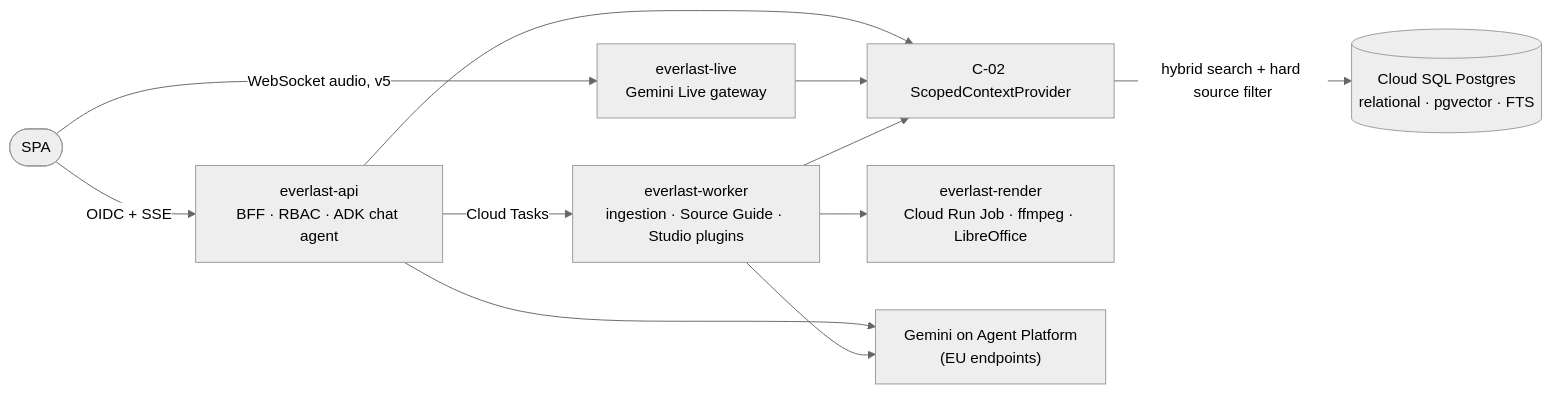
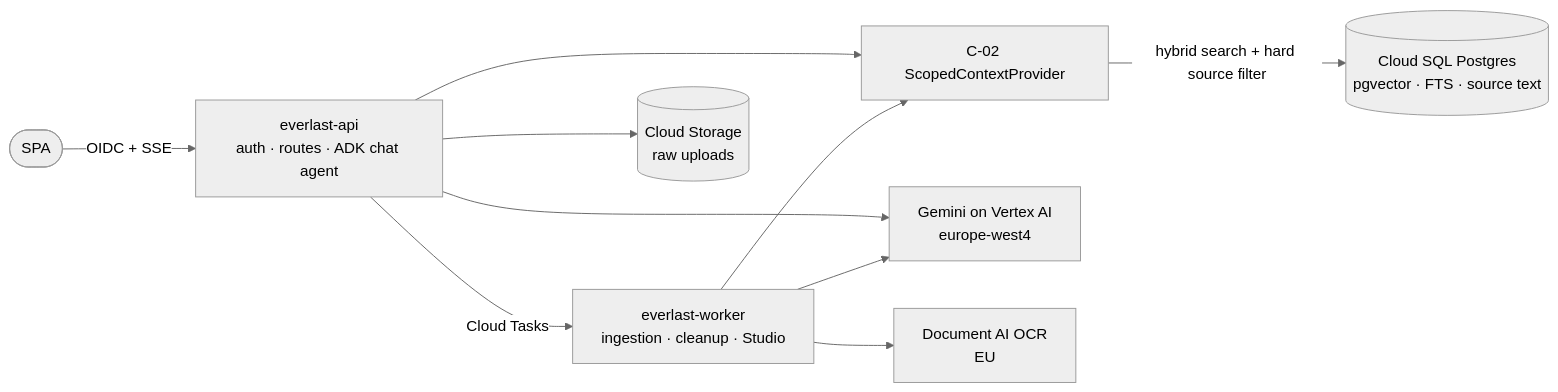
One commit to lukas-zech-software/everlast-lm changed the second of 2 diagrams in README.md. Above: the diagram before and after it, drawn with Mermaid (neutral theme). The commit also changed other lines of this file, not shown here.

Commit message:
docs(readme): rewrite with project timeline, lessons learned and prototype status

````diff
--- a/README.md
+++ b/README.md
@@ -253,13 +209,12 @@
 ```mermaid
 graph LR
-    U([SPA]) -->|OIDC + SSE| API["everlast-api<br/>BFF · RBAC · ADK chat agent"]
-    U -->|WebSocket audio, v5| LIVE["everlast-live<br/>Gemini Live gateway"]
+    U([SPA]) -->|OIDC + SSE| API["everlast-api<br/>auth · routes · ADK chat agent"]
     API --> SCP["C-02 ScopedContextProvider"]
-    LIVE --> SCP
-    API -->|Cloud Tasks| WRK["everlast-worker<br/>ingestion · Source Guide · Studio plugins"]
+    API -->|Cloud Tasks| WRK["everlast-worker<br/>ingestion · cleanup · Studio"]
     WRK --> SCP
-    WRK --> RND["everlast-render<br/>Cloud Run Job · ffmpeg · LibreOffice"]
-    SCP -->|"hybrid search + hard source filter"| SQL[("Cloud SQL Postgres<br/>relational · pgvector · FTS")]
-    API --> GEM["Gemini on Agent Platform<br/>(EU endpoints)"]
+    SCP -->|"hybrid search + hard source filter"| SQL[("Cloud SQL Postgres<br/>pgvector · FTS · source text")]
+    API --> GEM["Gemini on Vertex AI<br/>europe-west4"]
     WRK --> GEM
+    WRK --> DAI["Document AI OCR<br/>EU"]
+    API --> GCS[("Cloud Storage<br/>raw uploads")]
 ```
````
